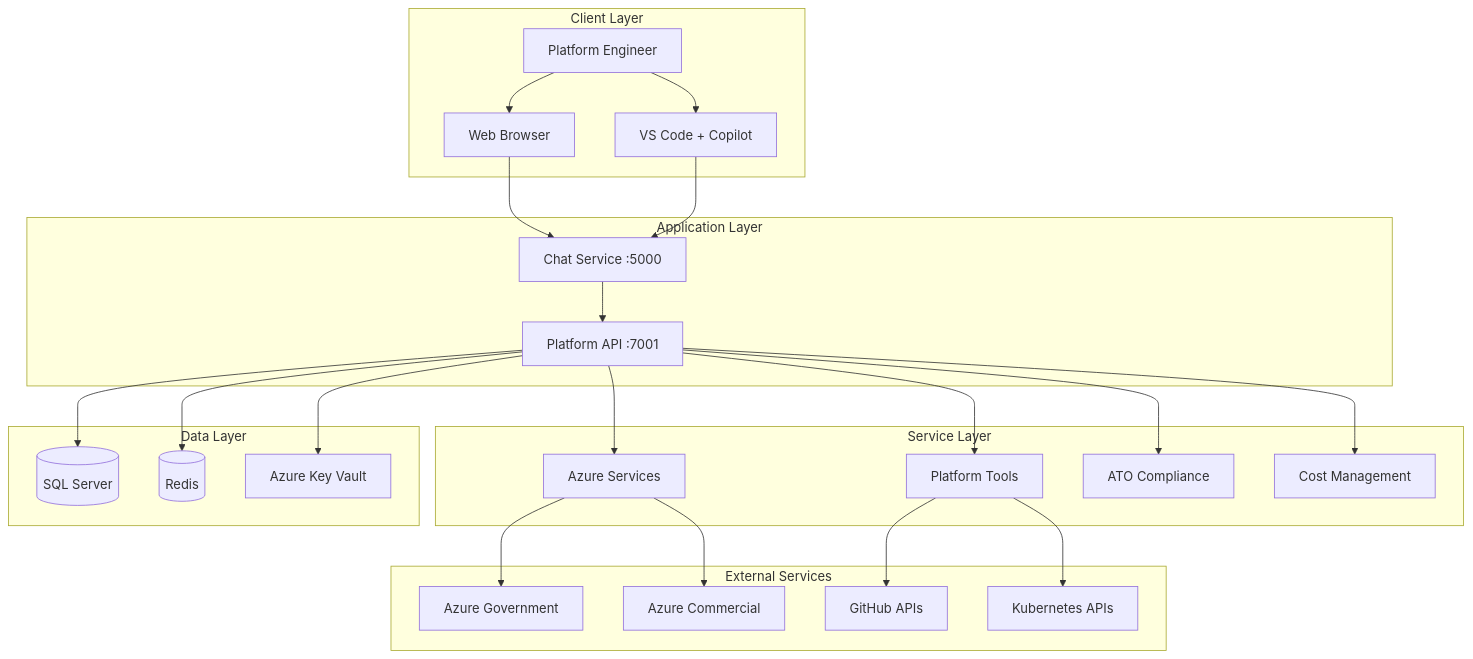
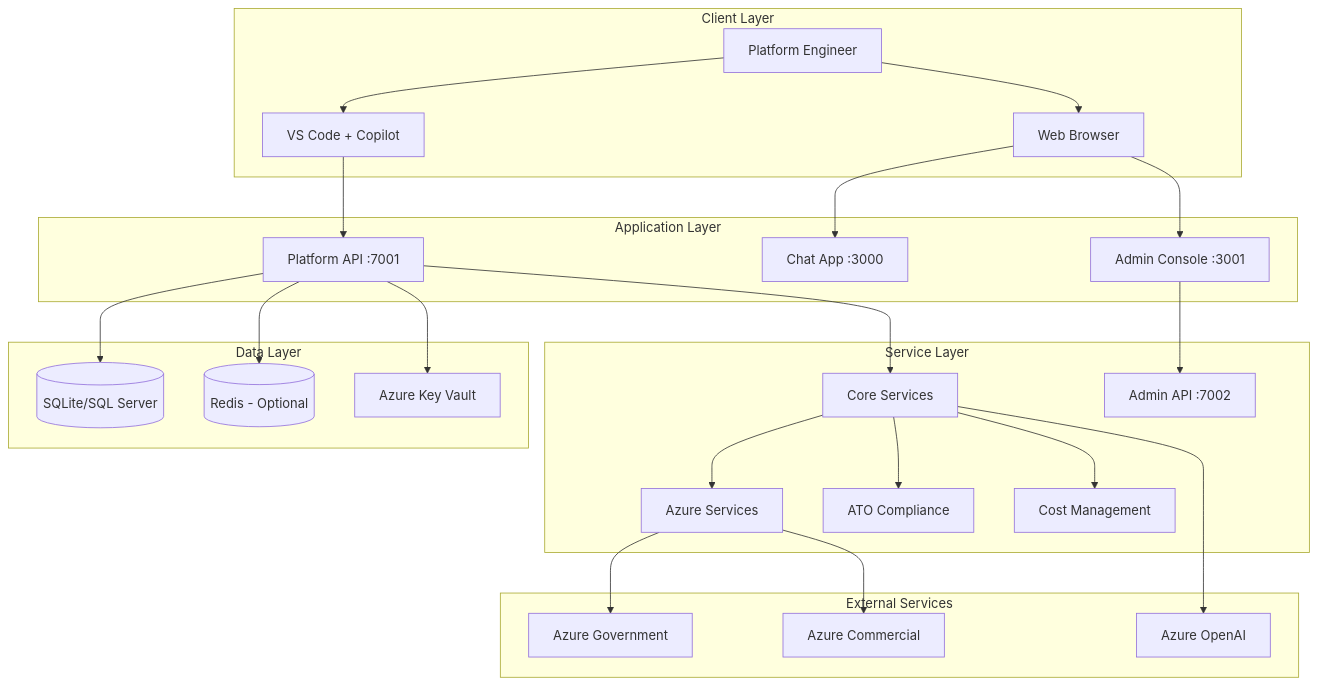
The diagram in DEVELOPMENT.md (POps-Rox/platform-engineering-copilot), drawn with Mermaid before and after one commit. The commit also changed other lines of this file and 19 other files, not shown here.

````diff
--- a/DEVELOPMENT.md
+++ b/DEVELOPMENT.md
@@ -24,33 +26,33 @@
 ```mermaid
 graph TB
     subgraph "Client Layer"
         User[Platform Engineer] --> Browser[Web Browser]
         User --> VSCode[VS Code + Copilot]
     end
     
     subgraph "Application Layer"
-        Browser --> Chat[Chat Service :5000]
-        VSCode --> Chat
-        Chat --> API[Platform API :7001]
+        Browser --> AdminConsole[Admin Console :3001]
+        Browser --> ChatApp[Chat App :3000]
+        VSCode --> API[Platform API :7001]
     end
     
     subgraph "Service Layer"
-        API --> Tools[Platform Tools]
-        API --> Azure[Azure Services]
-        API --> Compliance[ATO Compliance]
-        API --> Cost[Cost Management]
+        API --> Core[Core Services]
+        AdminConsole --> AdminAPI[Admin API :7002]
+        Core --> Azure[Azure Services]
+        Core --> Compliance[ATO Compliance]
+        Core --> Cost[Cost Management]
     end
     
     subgraph "Data Layer"
-        API --> Database[(SQL Server)]
-        API --> Cache[(Redis)]
+        API --> Database[(SQLite/SQL Server)]
+        API --> Cache[(Redis - Optional)]
         API --> KeyVault[Azure Key Vault]
     end
     
     subgraph "External Services"
         Azure --> AzureGov[Azure Government]
         Azure --> AzureCommercial[Azure Commercial]
-        Tools --> GitHub[GitHub APIs]
-        Tools --> K8s[Kubernetes APIs]
+        Core --> AzureOpenAI[Azure OpenAI]
     end
 ```
````
